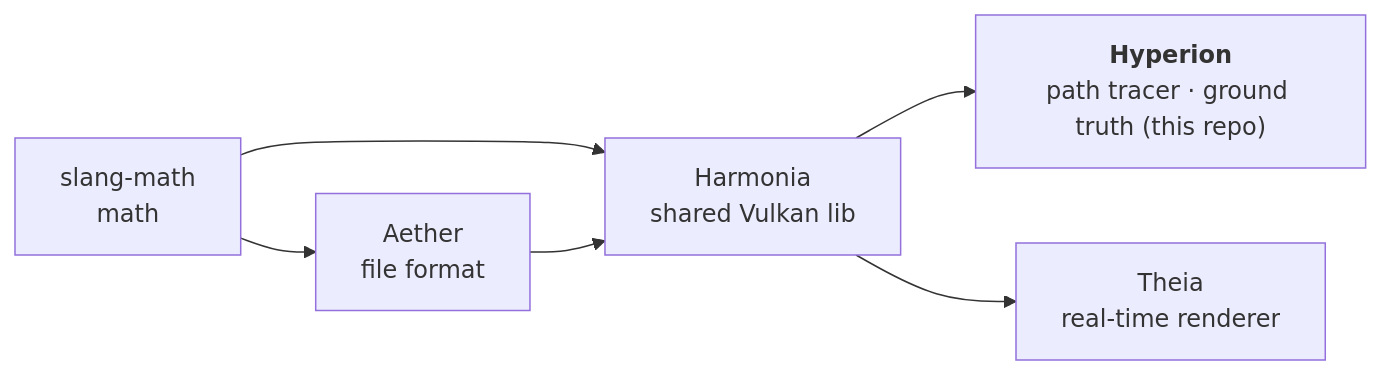
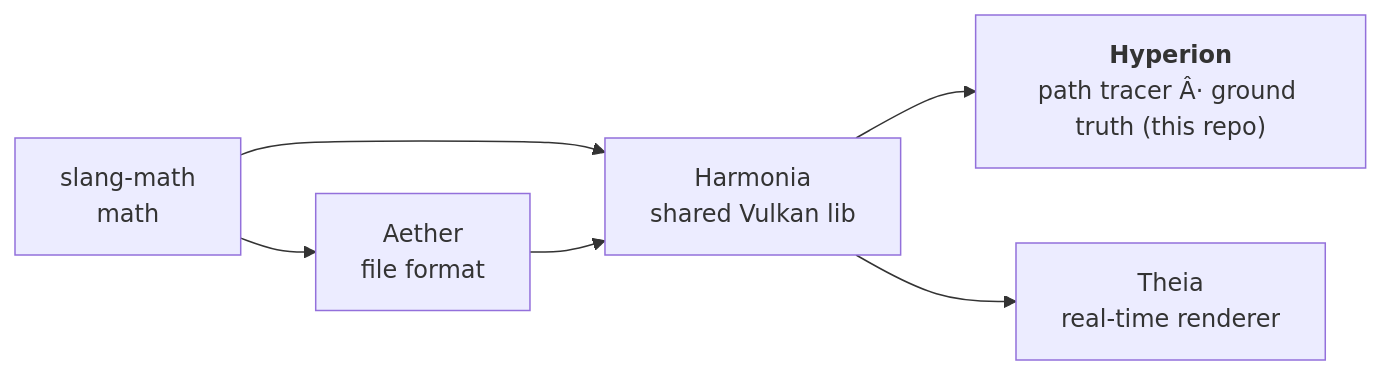
The diagram in AGENTS.md (McNopper/Hyperion), drawn with Mermaid before and after one commit. The commit also changed other lines of this file and 35 other files, not shown here.

````diff
--- a/AGENTS.md
+++ b/AGENTS.md
@@ -33,8 +33,8 @@
 ```mermaid
 flowchart LR
     SM["slang-math<br/>math"] --> A["Aether<br/>file format"]
     SM --> H
     A --> H["Harmonia<br/>shared Vulkan lib"]
-    H --> Hy["<b>Hyperion</b><br/>path tracer · ground truth (this repo)"]
+    H --> Hy["<b>Hyperion</b><br/>path tracer Â· ground truth (this repo)"]
     H --> T["Theia<br/>real-time renderer"]
 ```
````
